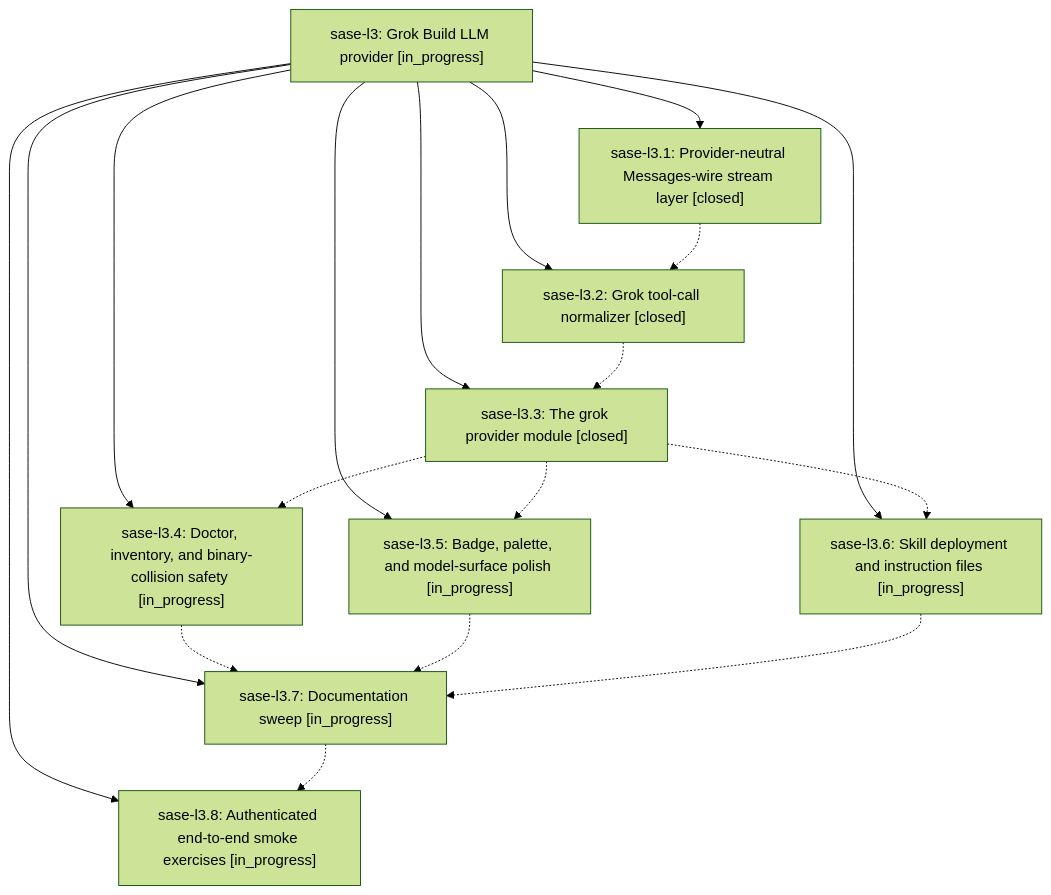
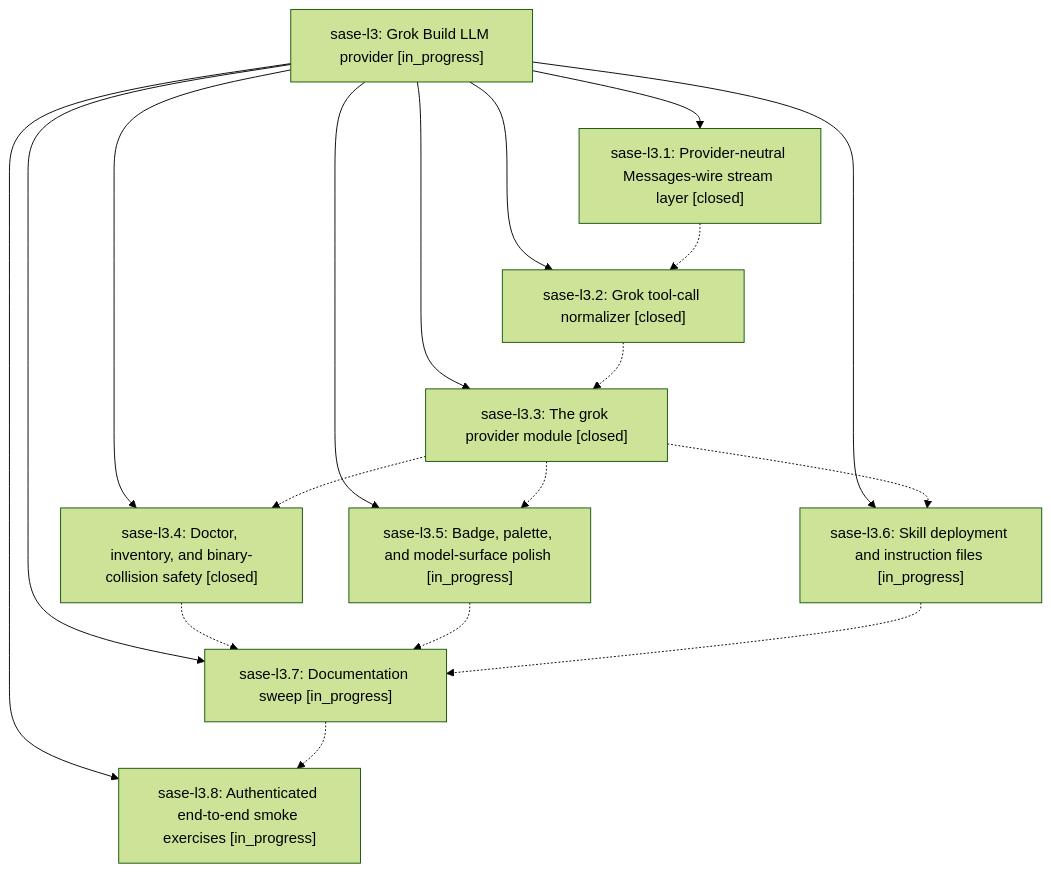
One commit to sase-org/sase--beads changed the diagram in pages/sase-l3/README.md. Above: the diagram before and after it, drawn with Mermaid (forest theme). The commit also changed other lines of this file and 3 other files, not shown here.

````diff
--- a/pages/sase-l3/README.md
+++ b/pages/sase-l3/README.md
@@ -35,29 +35,29 @@
 ```mermaid
 flowchart TD
     n0["sase-l3: Grok Build LLM provider [in_progress]"]
     n1["sase-l3.1: Provider-neutral Messages-wire stream layer [closed]"]
     n2["sase-l3.2: Grok tool-call normalizer [closed]"]
     n3["sase-l3.3: The grok provider module [closed]"]
-    n4["sase-l3.4: Doctor, inventory, and binary-collision safety [in_progress]"]
+    n4["sase-l3.4: Doctor, inventory, and binary-collision safety [closed]"]
     n5["sase-l3.5: Badge, palette, and model-surface polish [in_progress]"]
     n6["sase-l3.6: Skill deployment and instruction files [in_progress]"]
     n7["sase-l3.7: Documentation sweep [in_progress]"]
     n8["sase-l3.8: Authenticated end-to-end smoke exercises [in_progress]"]
     n0 --> n1
     n0 --> n2
     n0 --> n3
     n0 --> n4
     n0 --> n5
     n0 --> n6
     n0 --> n7
     n0 --> n8
     n1 -.-> n2
     n2 -.-> n3
     n3 -.-> n4
     n3 -.-> n5
     n3 -.-> n6
     n4 -.-> n7
     n5 -.-> n7
     n6 -.-> n7
     n7 -.-> n8
 ```
````
